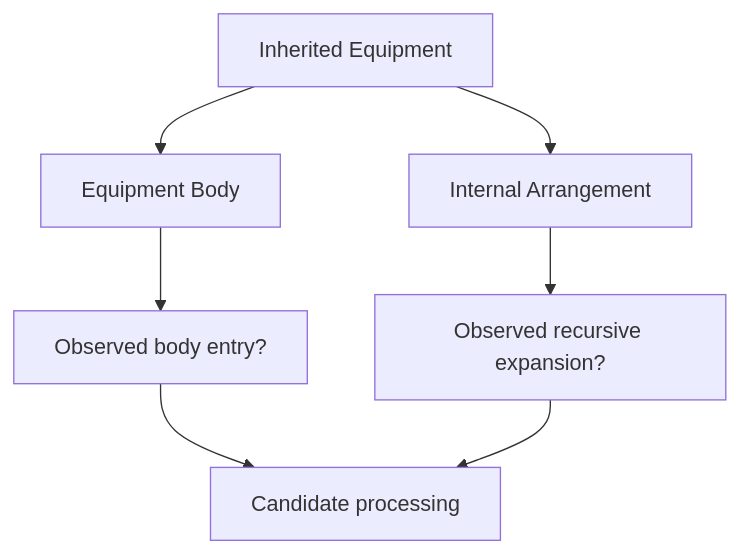
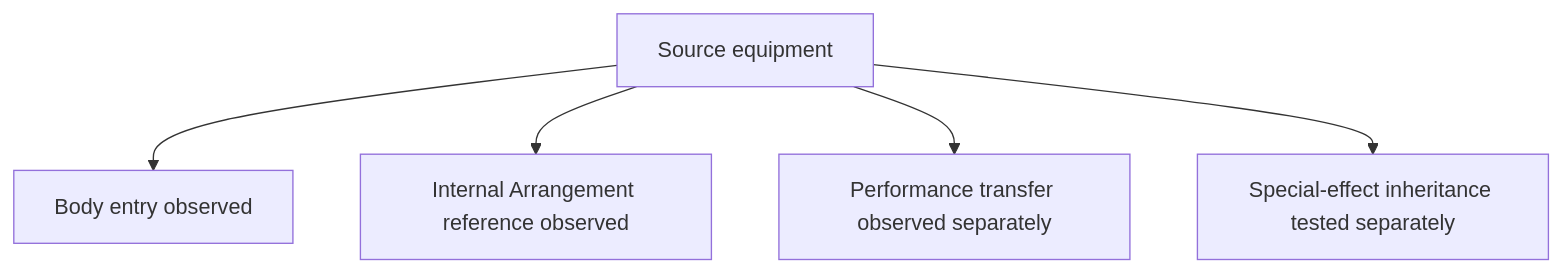
One commit to j13343sh/Rune-Factory-Inheritance-Research changed the second of 2 diagrams in articles/Self-Contamination.md. Above: the diagram before and after it, drawn with Mermaid. The commit also changed other lines of this file and 17 other files, not shown here.

````diff
--- a/articles/Self-Contamination.md
+++ b/articles/Self-Contamination.md
@@ -53,10 +27,7 @@
 ```mermaid
 flowchart TD
-    A[Inherited Equipment]
-    A --> B[Equipment Body]
-    A --> C[Internal Arrangement]
-    B --> D[Observed body entry?]
-    C --> E[Observed recursive expansion?]
-    D --> F[Candidate processing]
-    E --> F
+    A[Source equipment] --> B[Body entry observed]
+    A --> C[Internal Arrangement reference observed]
+    A --> D[Performance transfer observed separately]
+    A --> E[Special-effect inheritance tested separately]
 ```
````
